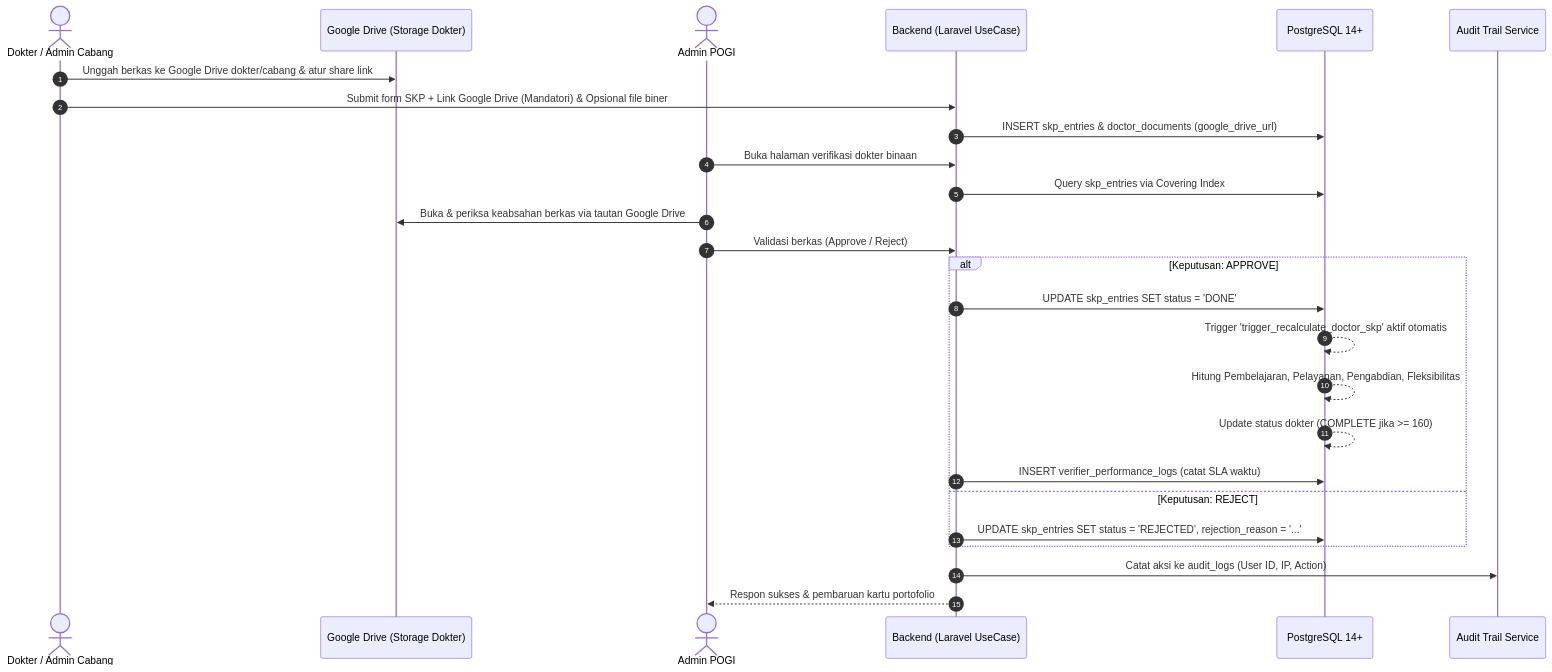
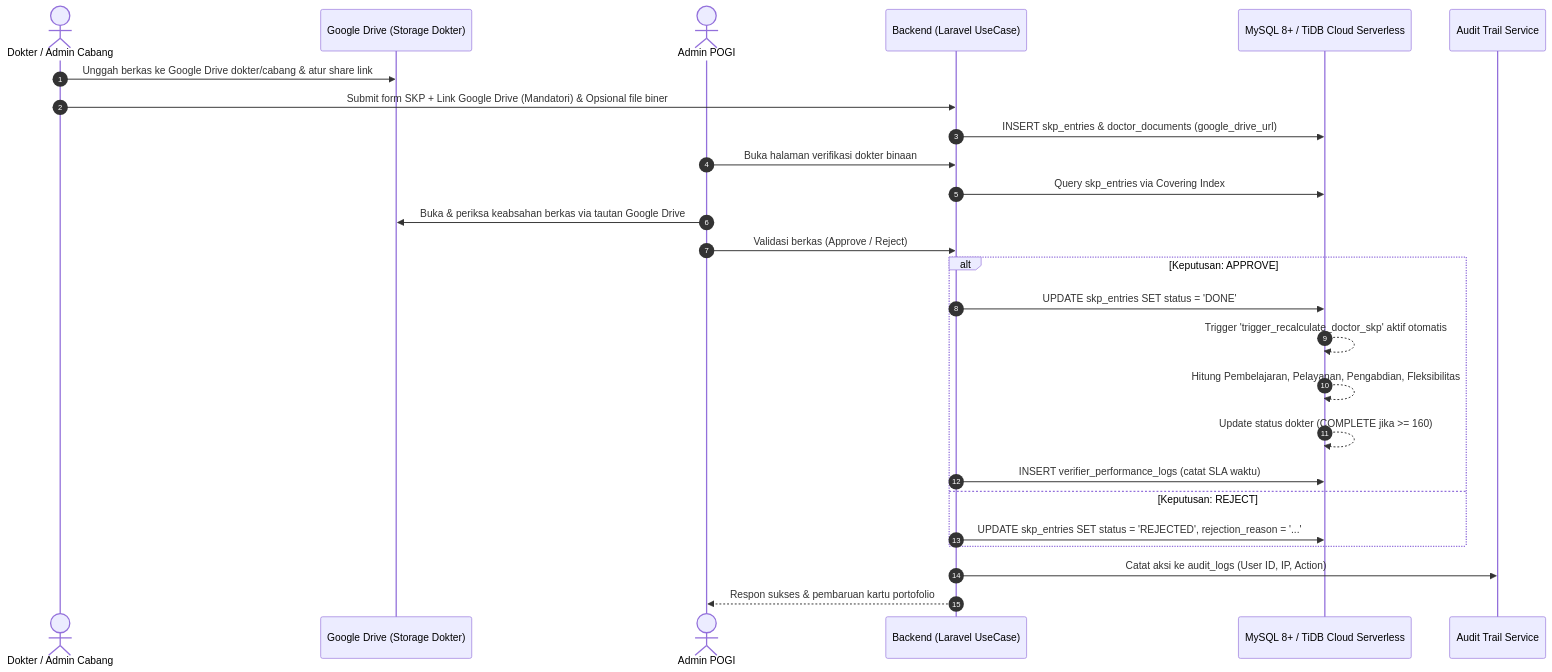
The fifth of 11 diagrams in ARCHITECTURE.md (echoTech187/pogi-spk-tracker), drawn with Mermaid before and after one commit. The commit also changed other lines of this file, not shown here.

Commit message:
docs(architecture): align ARCHITECTURE.md with Laravel 12, Vercel PHP, TiDB Cloud, and Artisan scheduler

````diff
--- a/ARCHITECTURE.md
+++ b/ARCHITECTURE.md
@@ -345,32 +342,32 @@
 ```mermaid
 sequenceDiagram
     autonumber
     actor Dokter as Dokter / Admin Cabang
     participant GDrive as Google Drive (Storage Dokter)
     actor Verifikator as Admin POGI
     participant API as Backend (Laravel UseCase)
-    participant DB as PostgreSQL 14+
+    participant DB as MySQL 8+ / TiDB Cloud Serverless
     participant Audit as Audit Trail Service
 
     Dokter->>GDrive: Unggah berkas ke Google Drive dokter/cabang & atur share link
     Dokter->>API: Submit form SKP + Link Google Drive (Mandatori) & Opsional file biner
     API->>DB: INSERT skp_entries & doctor_documents (google_drive_url)
     
     Verifikator->>API: Buka halaman verifikasi dokter binaan
     API->>DB: Query skp_entries via Covering Index
     Verifikator->>GDrive: Buka & periksa keabsahan berkas via tautan Google Drive
     Verifikator->>API: Validasi berkas (Approve / Reject)
     
     alt Keputusan: APPROVE
         API->>DB: UPDATE skp_entries SET status = 'DONE'
         DB-->>DB: Trigger 'trigger_recalculate_doctor_skp' aktif otomatis
         DB-->>DB: Hitung Pembelajaran, Pelayanan, Pengabdian, Fleksibilitas
         DB-->>DB: Update status dokter (COMPLETE jika >= 160)
         API->>DB: INSERT verifier_performance_logs (catat SLA waktu)
     else Keputusan: REJECT
         API->>DB: UPDATE skp_entries SET status = 'REJECTED', rejection_reason = '...'
     end
 
     API->>Audit: Catat aksi ke audit_logs (User ID, IP, Action)
     API-->>Verifikator: Respon sukses & pembaruan kartu portofolio
 ```
````
